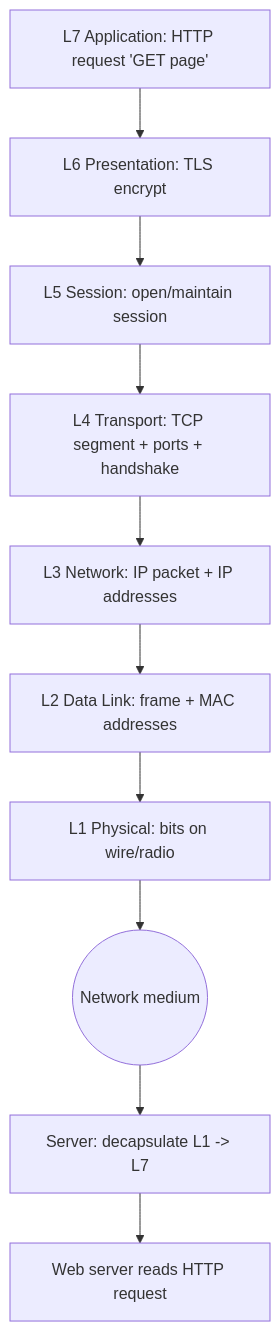
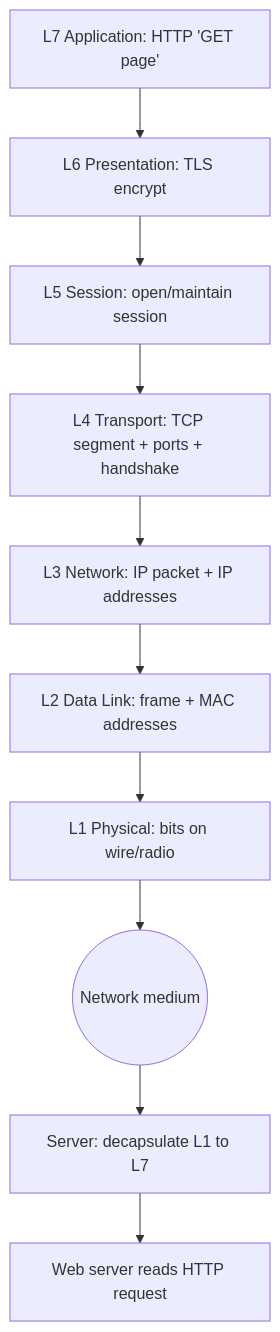
The third of 4 diagrams in 01-ethical-hacking-foundation/module-06-network-basics-osi-and-tcp-models.md (AbhisHub-12/ccsp), drawn with Mermaid before and after one commit. The commit also changed other lines of this file and 13 other files, not shown here.

First line of the commit message:
Enhance modules with visuals: more diagrams, tables, images, callouts

````diff
--- a/01-ethical-hacking-foundation/module-06-network-basics-osi-and-tcp-models.md
+++ b/01-ethical-hacking-foundation/module-06-network-basics-osi-and-tcp-models.md
@@ -145,12 +210,12 @@
 ```mermaid
 flowchart TD
-    A["L7 Application: HTTP request 'GET page'"] --> B["L6 Presentation: TLS encrypt"]
+    A["L7 Application: HTTP 'GET page'"] --> B["L6 Presentation: TLS encrypt"]
     B --> C["L5 Session: open/maintain session"]
     C --> D["L4 Transport: TCP segment + ports + handshake"]
     D --> E["L3 Network: IP packet + IP addresses"]
     E --> F["L2 Data Link: frame + MAC addresses"]
     F --> G["L1 Physical: bits on wire/radio"]
     G --> H((Network medium))
-    H --> I["Server: decapsulate L1 -> L7"]
+    H --> I["Server: decapsulate L1 to L7"]
     I --> J["Web server reads HTTP request"]
 ```
````
